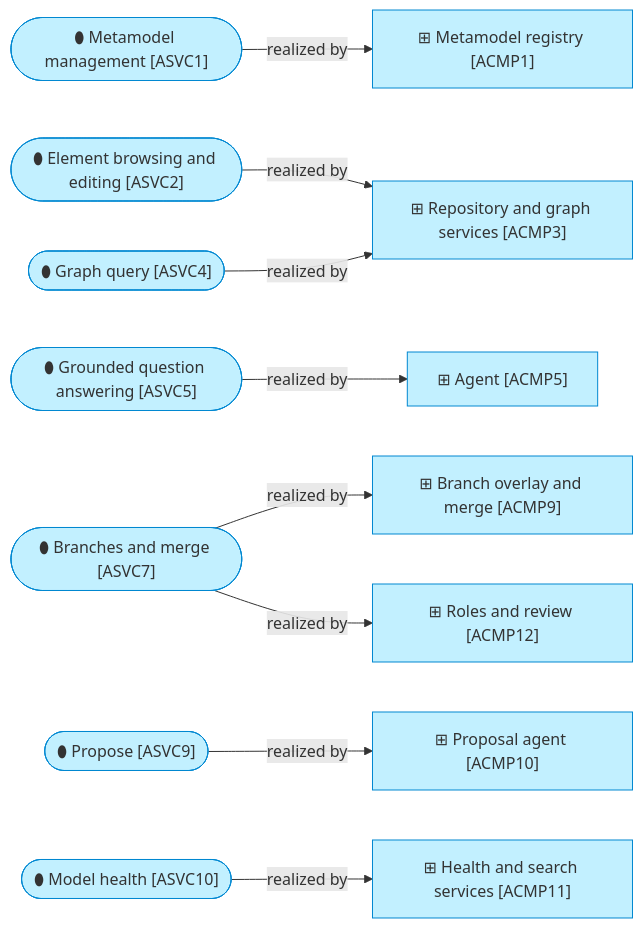
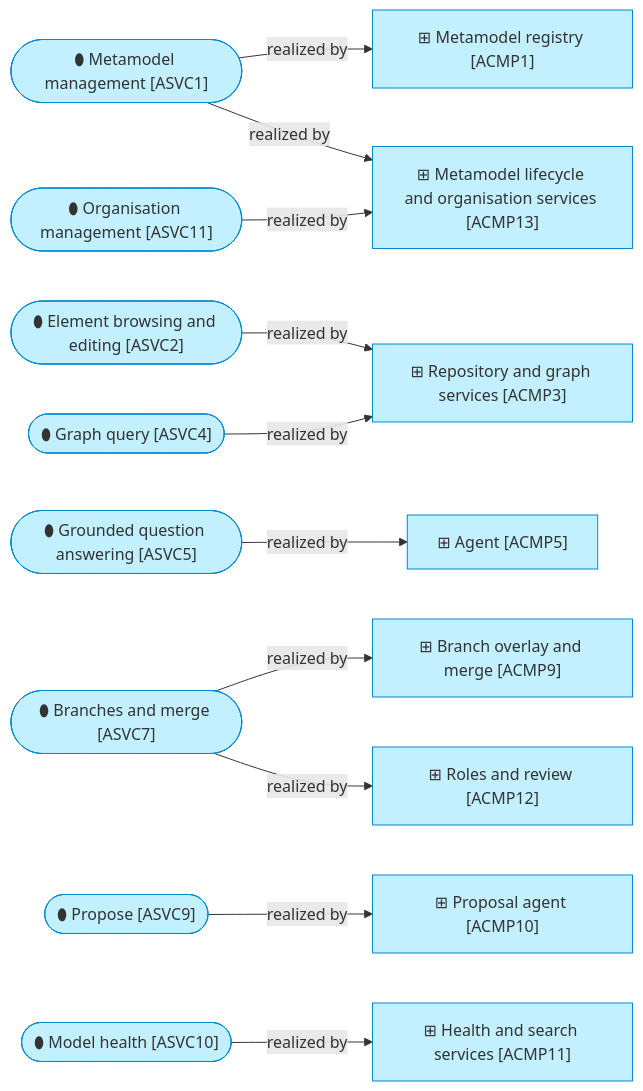
The fourth of 4 diagrams in architecture/4_application/1_application-services.md (roanboc/dbx-enterprise-architecture), drawn with Mermaid before and after one commit. The commit also changed other lines of this file and 91 other files, not shown here.

````diff
--- a/architecture/4_application/1_application-services.md
+++ b/architecture/4_application/1_application-services.md
@@ -103,27 +111,31 @@
 ```mermaid
 flowchart LR
   s1(["⬮ Metamodel management [ASVC1]"]):::application
   s2(["⬮ Element browsing and editing [ASVC2]"]):::application
   s4(["⬮ Graph query [ASVC4]"]):::application
   s5(["⬮ Grounded question answering [ASVC5]"]):::application
   s7(["⬮ Branches and merge [ASVC7]"]):::application
   s9(["⬮ Propose [ASVC9]"]):::application
   s10(["⬮ Model health [ASVC10]"]):::application
+  s11(["⬮ Organisation management [ASVC11]"]):::application
   c1["⊞ Metamodel registry [ACMP1]"]:::application
   c3["⊞ Repository and graph services [ACMP3]"]:::application
   c5["⊞ Agent [ACMP5]"]:::application
   c9["⊞ Branch overlay and merge [ACMP9]"]:::application
   c10["⊞ Proposal agent [ACMP10]"]:::application
   c11["⊞ Health and search services [ACMP11]"]:::application
   c12["⊞ Roles and review [ACMP12]"]:::application
+  c13["⊞ Metamodel lifecycle and organisation services [ACMP13]"]:::application
   s1 -->|realized by| c1
+  s1 -->|realized by| c13
   s2 -->|realized by| c3
   s4 -->|realized by| c3
   s5 -->|realized by| c5
   s7 -->|realized by| c9
   s7 -->|realized by| c12
   s9 -->|realized by| c10
   s10 -->|realized by| c11
+  s11 -->|realized by| c13
 
   classDef application fill:#c2f0ff,stroke:#0288d1,color:#333
 ```
````
